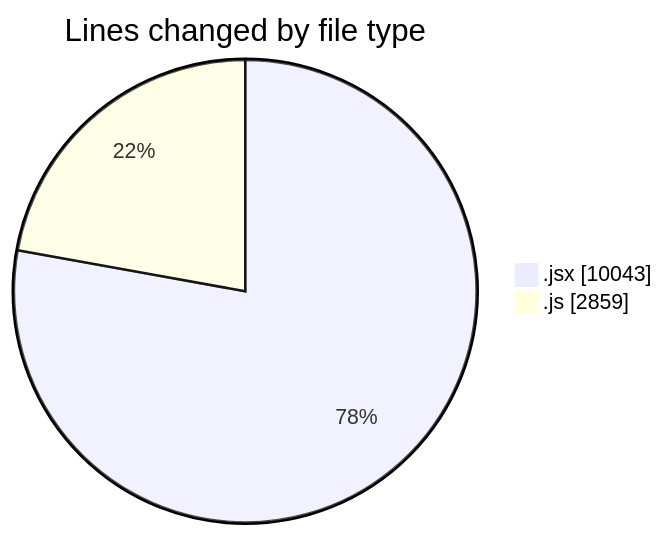
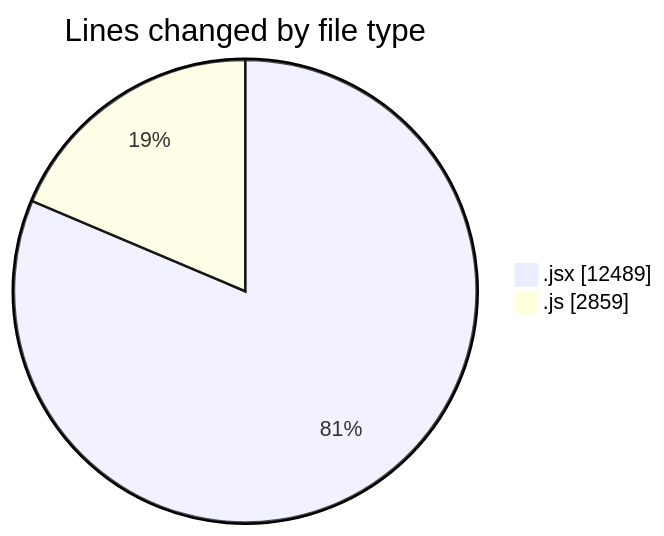
One commit to nxtqubesakshisongat/code-tracking changed the first of 2 diagrams in 2026-01-20/nxtqube_webapp/README.md. Above: the diagram before and after it, drawn with Mermaid. The commit also changed other lines of this file and 1 other file, not shown here.

````diff
--- a/2026-01-20/nxtqube_webapp/README.md
+++ b/2026-01-20/nxtqube_webapp/README.md
@@ -27,6 +27,6 @@
 ```mermaid
 pie showData
 title Lines changed by file type
-".jsx" : 10043
+".jsx" : 12489
 ".js" : 2859
 ```
````
